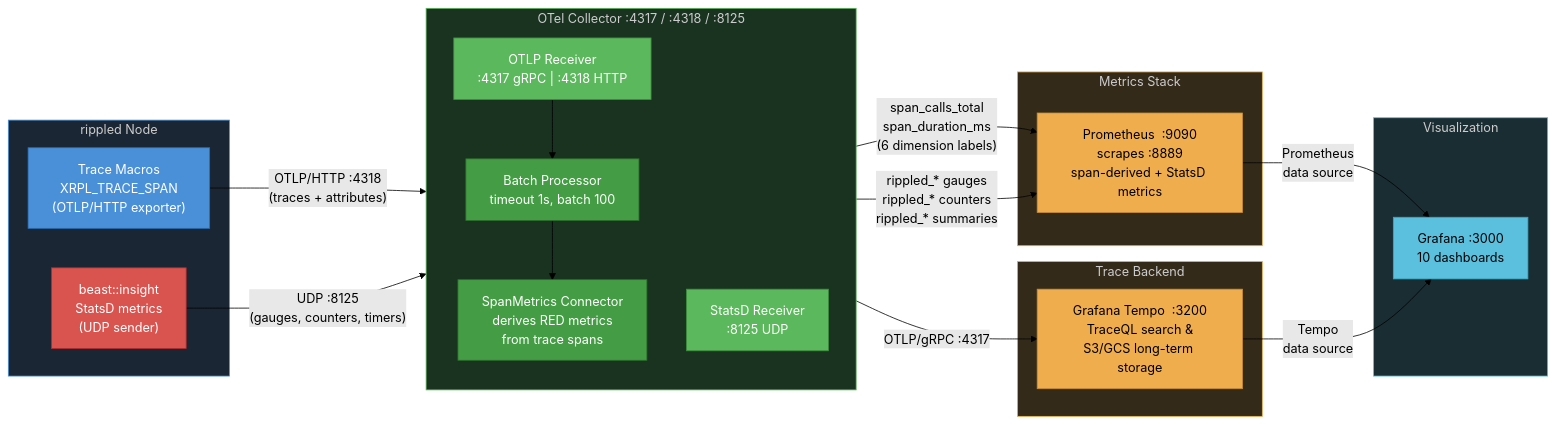
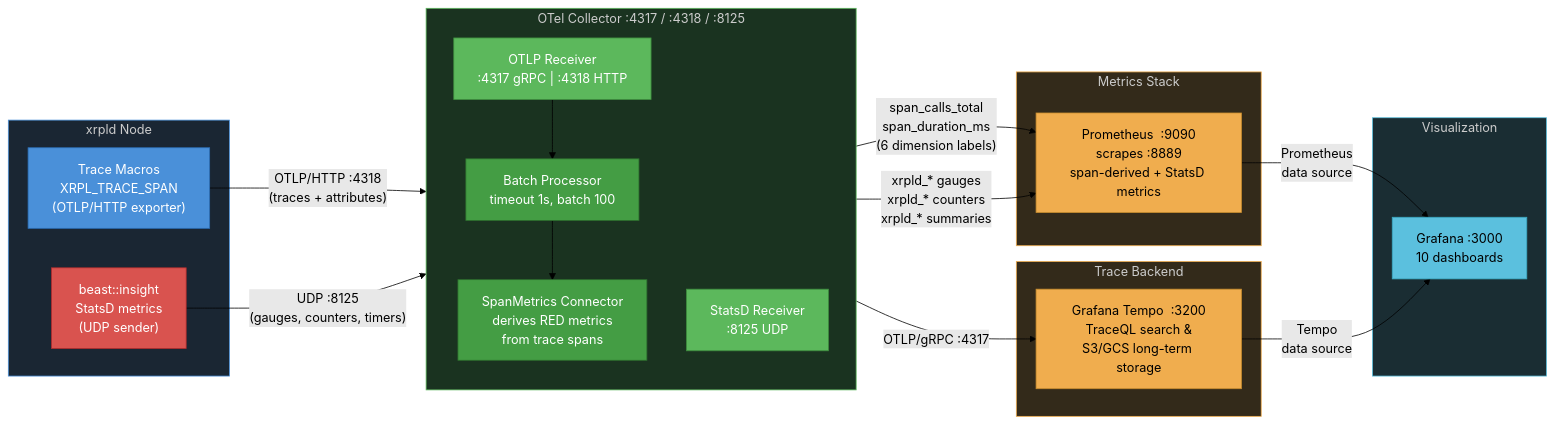
One commit to XRPLF/rippled changed the diagram in OpenTelemetryPlan/09-data-collection-reference.md. Above: the diagram before and after it, drawn with Mermaid (forest theme). The commit also changed other lines of this file and 3 other files, not shown here.

````diff
--- a/OpenTelemetryPlan/09-data-collection-reference.md
+++ b/OpenTelemetryPlan/09-data-collection-reference.md
@@ -9,56 +9,56 @@
 ```mermaid
 graph LR
-    subgraph rippledNode["rippled Node"]
+    subgraph xrpldNode["xrpld Node"]
         A["Trace Macros<br/>XRPL_TRACE_SPAN<br/>(OTLP/HTTP exporter)"]
         B["beast::insight<br/>StatsD metrics<br/>(UDP sender)"]
     end
 
     subgraph collector["OTel Collector  :4317 / :4318 / :8125"]
         direction TB
         R1["OTLP Receiver<br/>:4317 gRPC  |  :4318 HTTP"]
         R2["StatsD Receiver<br/>:8125 UDP"]
         BP["Batch Processor<br/>timeout 1s, batch 100"]
         SM["SpanMetrics Connector<br/>derives RED metrics<br/>from trace spans"]
 
         R1 --> BP
         BP --> SM
     end
 
     subgraph backends["Trace Backend"]
         D["Grafana Tempo  :3200<br/>TraceQL search &<br/>S3/GCS long-term storage"]
     end
 
     subgraph metrics["Metrics Stack"]
         E["Prometheus  :9090<br/>scrapes :8889<br/>span-derived + StatsD metrics"]
     end
 
     subgraph viz["Visualization"]
         F["Grafana  :3000<br/>10 dashboards"]
     end
 
     A -->|"OTLP/HTTP :4318<br/>(traces + attributes)"| R1
     B -->|"UDP :8125<br/>(gauges, counters, timers)"| R2
 
     BP -->|"OTLP/gRPC :4317"| D
 
     SM -->|"span_calls_total<br/>span_duration_ms<br/>(6 dimension labels)"| E
-    R2 -->|"rippled_* gauges<br/>rippled_* counters<br/>rippled_* summaries"| E
+    R2 -->|"xrpld_* gauges<br/>xrpld_* counters<br/>xrpld_* summaries"| E
 
     E -->|"Prometheus<br/>data source"| F
     D -->|"Tempo<br/>data source"| F
 
     style A fill:#4a90d9,color:#fff,stroke:#2a6db5
     style B fill:#d9534f,color:#fff,stroke:#b52d2d
     style R1 fill:#5cb85c,color:#fff,stroke:#3d8b3d
     style R2 fill:#5cb85c,color:#fff,stroke:#3d8b3d
     style BP fill:#449d44,color:#fff,stroke:#2d6e2d
     style SM fill:#449d44,color:#fff,stroke:#2d6e2d
     style D fill:#f0ad4e,color:#000,stroke:#c78c2e
     style E fill:#f0ad4e,color:#000,stroke:#c78c2e
     style F fill:#5bc0de,color:#000,stroke:#3aa8c1
-    style rippledNode fill:#1a2633,color:#ccc,stroke:#4a90d9
+    style xrpldNode fill:#1a2633,color:#ccc,stroke:#4a90d9
     style collector fill:#1a3320,color:#ccc,stroke:#5cb85c
     style backends fill:#332a1a,color:#ccc,stroke:#f0ad4e
     style metrics fill:#332a1a,color:#ccc,stroke:#f0ad4e
     style viz fill:#1a2d33,color:#ccc,stroke:#5bc0de
 ```
````
